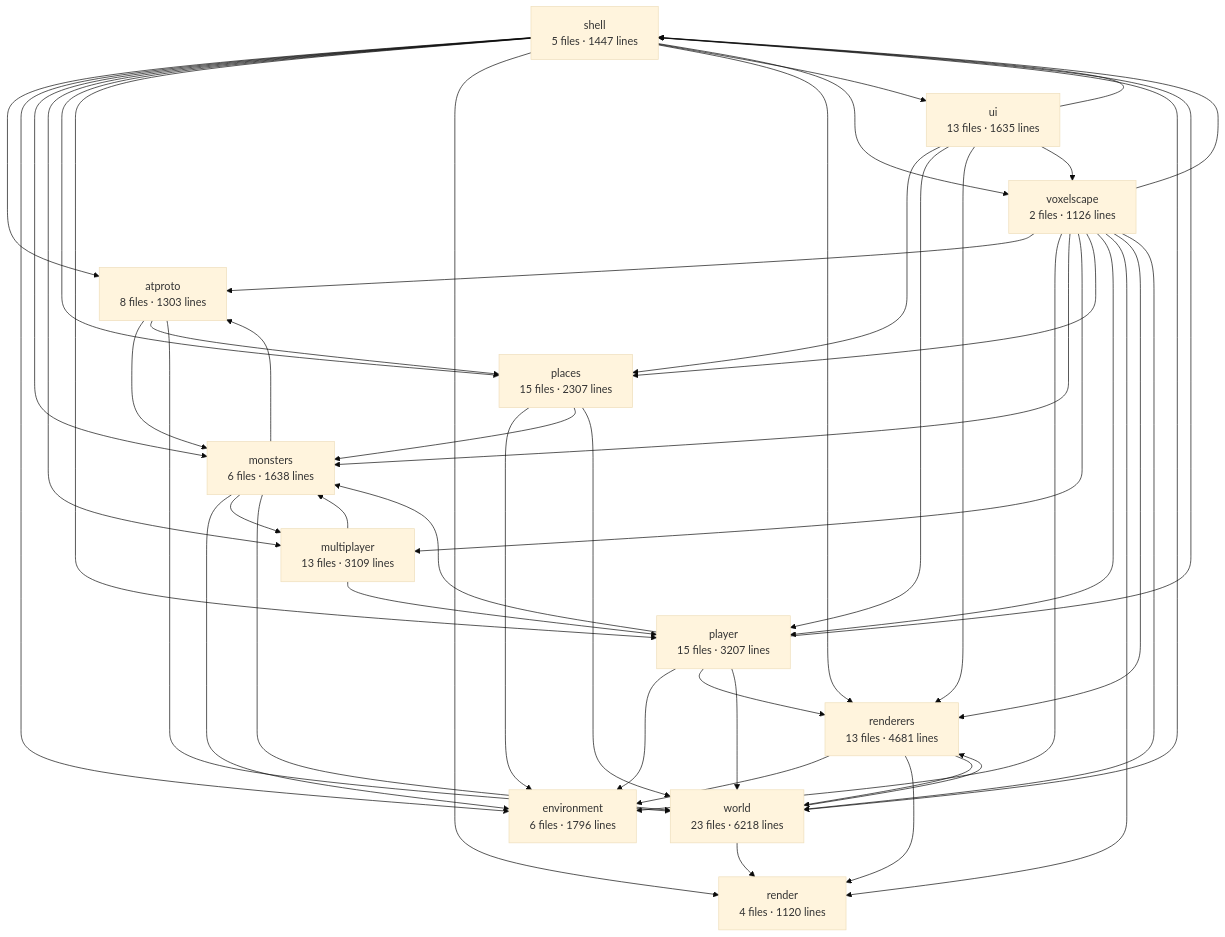
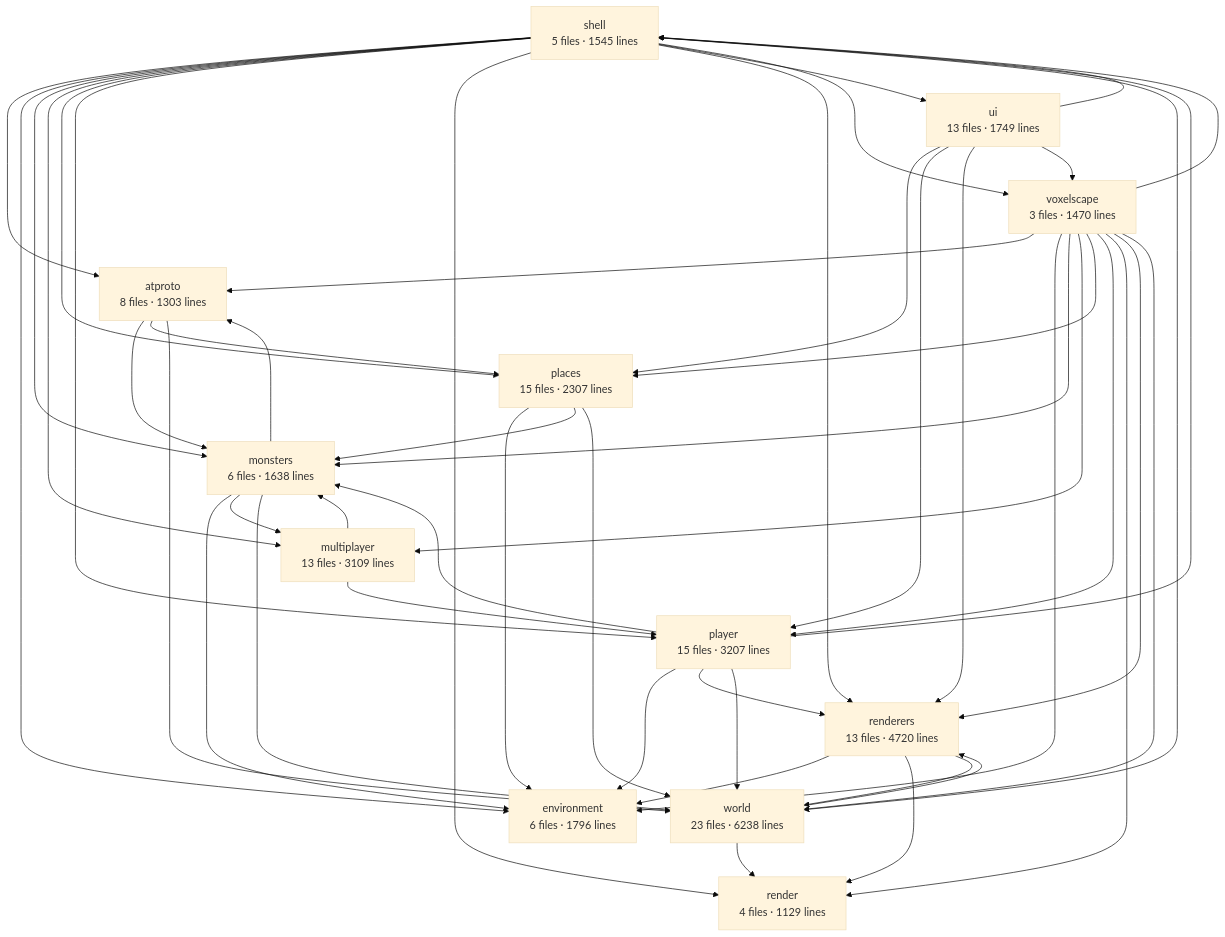
The diagram in apps/voxelscape/docs/architecture.md (clinuxrulz/big-mesh-studios), drawn with Mermaid (base theme) before and after one commit. The commit also changed other lines of this file and 8 other files, not shown here.

````diff
--- a/apps/voxelscape/docs/architecture.md
+++ b/apps/voxelscape/docs/architecture.md
@@ -6,63 +6,63 @@
 ```mermaid
 graph TD
-  shell["shell<br/>5 files · 1447 lines"]
-  voxelscape["voxelscape<br/>2 files · 1126 lines"]
-  world["world<br/>23 files · 6218 lines"]
-  renderers["renderers<br/>13 files · 4681 lines"]
-  render["render<br/>4 files · 1120 lines"]
+  shell["shell<br/>5 files · 1545 lines"]
+  voxelscape["voxelscape<br/>3 files · 1470 lines"]
+  world["world<br/>23 files · 6238 lines"]
+  renderers["renderers<br/>13 files · 4720 lines"]
+  render["render<br/>4 files · 1129 lines"]
   player["player<br/>15 files · 3207 lines"]
   monsters["monsters<br/>6 files · 1638 lines"]
   multiplayer["multiplayer<br/>13 files · 3109 lines"]
   places["places<br/>15 files · 2307 lines"]
   environment["environment<br/>6 files · 1796 lines"]
   atproto["atproto<br/>8 files · 1303 lines"]
-  ui["ui<br/>13 files · 1635 lines"]
+  ui["ui<br/>13 files · 1749 lines"]
   atproto --> monsters
   atproto --> places
   atproto --> world
   monsters --> atproto
   monsters --> environment
   monsters --> multiplayer
   monsters --> world
   multiplayer --> monsters
   multiplayer --> player
   places --> environment
   places --> monsters
   places --> world
   player --> environment
   player --> monsters
   player --> renderers
   player --> shell
   player --> world
   renderers --> environment
   renderers --> render
   renderers --> world
   shell --> atproto
   shell --> environment
   shell --> monsters
   shell --> multiplayer
   shell --> places
   shell --> player
   shell --> render
   shell --> renderers
   shell --> ui
   shell --> voxelscape
   shell --> world
   ui --> places
   ui --> player
   ui --> renderers
   ui --> shell
   ui --> voxelscape
   voxelscape --> atproto
   voxelscape --> environment
   voxelscape --> monsters
   voxelscape --> multiplayer
   voxelscape --> places
   voxelscape --> player
   voxelscape --> render
   voxelscape --> renderers
   voxelscape --> shell
   voxelscape --> world
   world --> render
   world --> renderers
 ```
````
